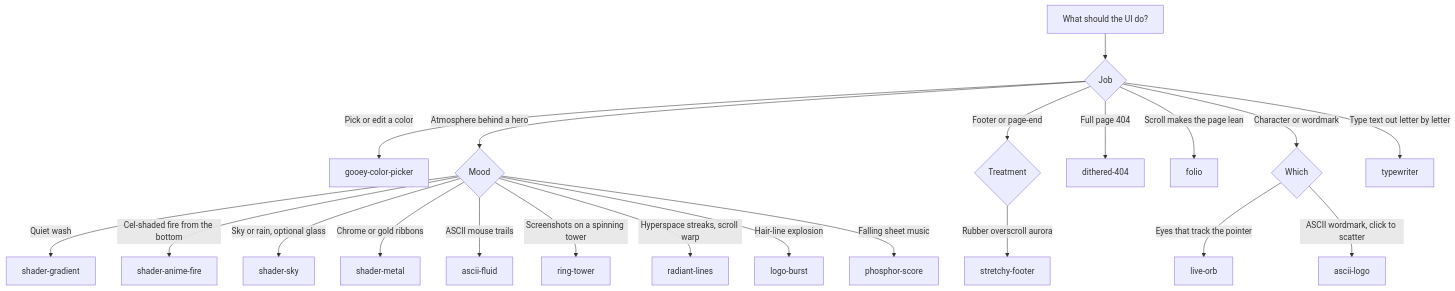
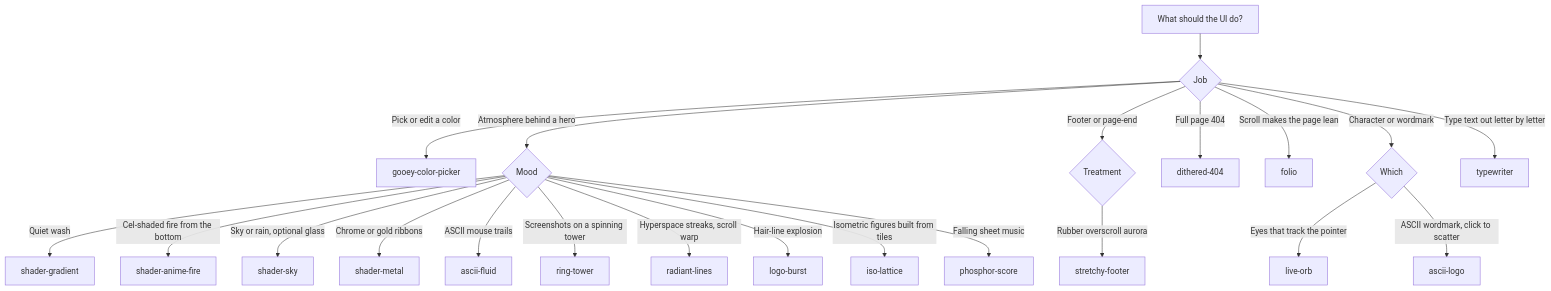
Before and after one commit to radiumcoders/23rd.dev: the diagram in skills/23rd/SKILL.md, drawn with Mermaid. The commit also changed other lines of this file and 22 other files, not shown here.

First line of the commit message:
Add Iso Lattice.

````diff
--- a/skills/23rd/SKILL.md
+++ b/skills/23rd/SKILL.md
@@ -85,24 +85,25 @@
 ```mermaid
 flowchart TD
   start[What should the UI do?]
   start --> pick{Job}
   pick -->|Pick or edit a color| gooey[gooey-color-picker]
   pick -->|Atmosphere behind a hero| atmo{Mood}
   pick -->|Footer or page-end| foot{Treatment}
   pick -->|Full page 404| d404[dithered-404]
   pick -->|Scroll makes the page lean| folio[folio]
   pick -->|Character or wordmark| mark{Which}
   pick -->|Type text out letter by letter| tw[typewriter]
   atmo -->|Quiet wash| sg[shader-gradient]
   atmo -->|Cel-shaded fire from the bottom| saf[shader-anime-fire]
   atmo -->|Sky or rain, optional glass| ss[shader-sky]
   atmo -->|Chrome or gold ribbons| sm[shader-metal]
   atmo -->|ASCII mouse trails| af[ascii-fluid]
   atmo -->|Screenshots on a spinning tower| rt[ring-tower]
   atmo -->|Hyperspace streaks, scroll warp| rl[radiant-lines]
   atmo -->|Hair-line explosion| lb[logo-burst]
+  atmo -->|Isometric figures built from tiles| il[iso-lattice]
   atmo -->|Falling sheet music| ps[phosphor-score]
   foot -->|Rubber overscroll aurora| st[stretchy-footer]
   mark -->|Eyes that track the pointer| orb[live-orb]
   mark -->|ASCII wordmark, click to scatter| al[ascii-logo]
 ```
````
